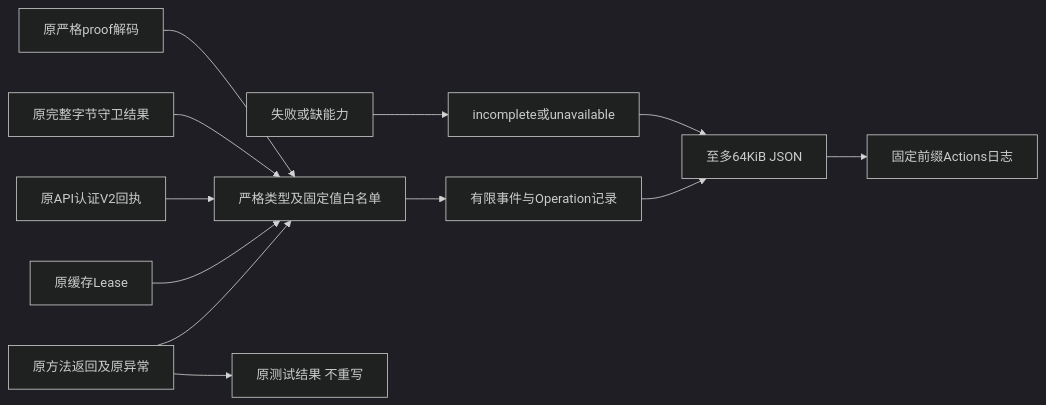
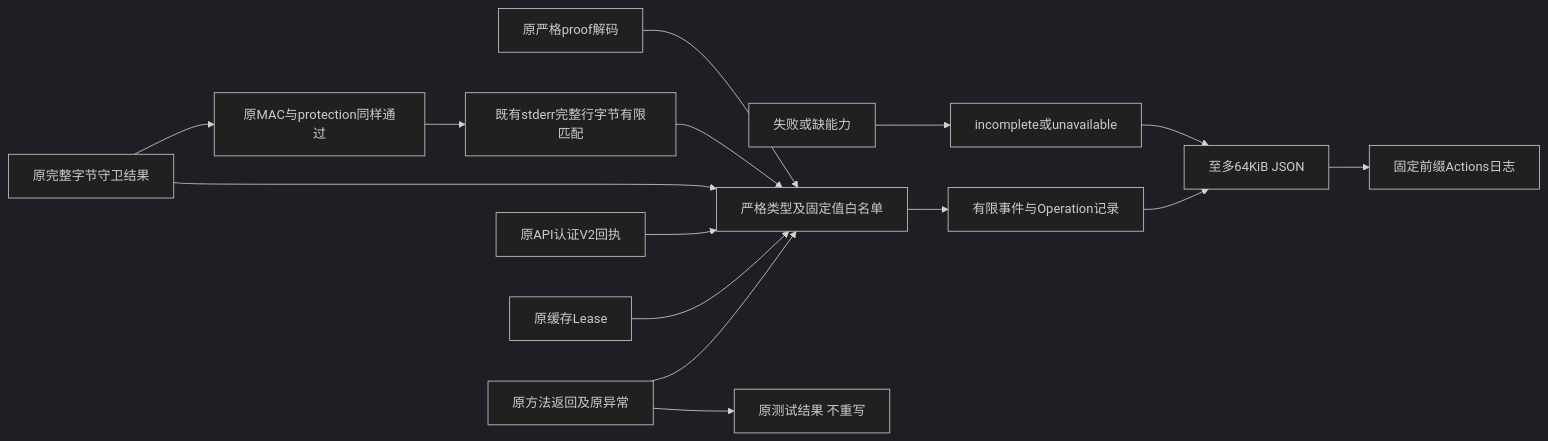
The fourth of 4 diagrams in docs/changes/m09-r4-windows-minimum-commit-probe.md (carrie1988/Harnessix), drawn with Mermaid (dark theme) before and after one commit. The commit also changed other lines of this file and 17 other files, not shown here.

````diff
--- a/docs/changes/m09-r4-windows-minimum-commit-probe.md
+++ b/docs/changes/m09-r4-windows-minimum-commit-probe.md
@@ -165,14 +174,17 @@
 ```mermaid
 flowchart LR
   Original[原方法返回及原异常] --> Select[严格类型及固定值白名单]
   Cached[原缓存Lease] --> Select
   Receipt[原API认证V2回执] --> Select
   Raw[原完整字节守卫结果] --> Select
+  Raw --> Guard[原MAC与protection同样通过]
+  Guard --> Signals[既有stderr完整行字节有限匹配]
+  Signals --> Select
   Proof[原严格proof解码] --> Select
   Select --> Memory[有限事件与Operation记录]
   Memory --> JSON[至多64KiB JSON]
   JSON --> Log[固定前缀Actions日志]
   Missing[失败或缺能力] --> Flag[incomplete或unavailable]
   Flag --> JSON
   Original --> Outcome[原测试结果 不重写]
 ```
````
